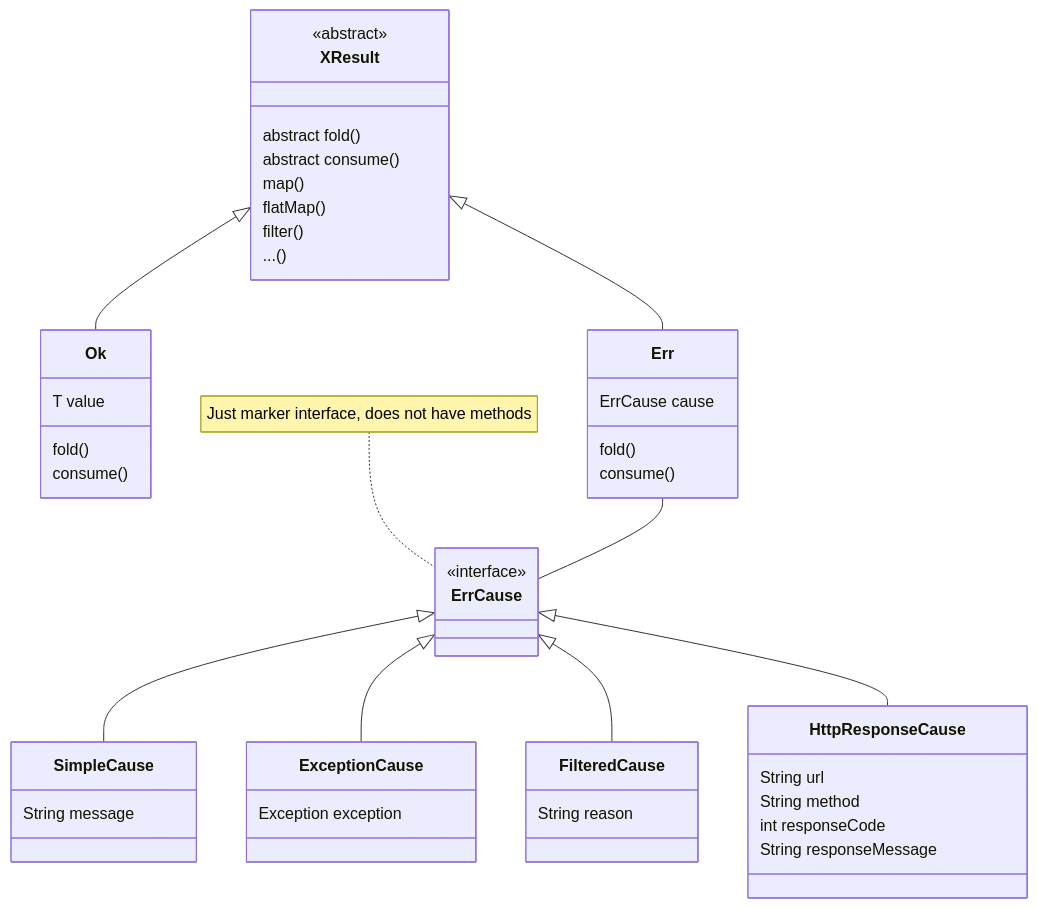
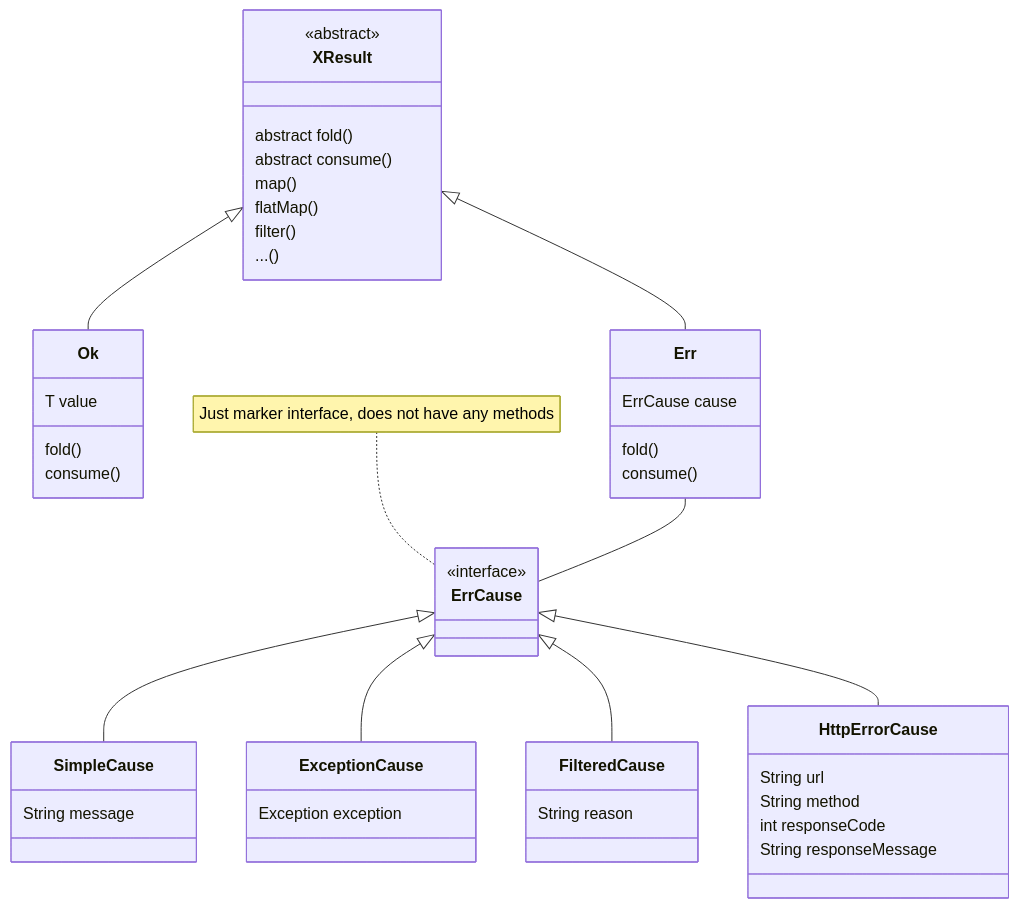
One commit to skopylov58/java-extended-result-monad changed the diagram in README.md. Above: the diagram before and after it, drawn with Mermaid. The commit also changed other lines of this file, not shown here.

````diff
--- a/README.md
+++ b/README.md
@@ -77,59 +77,59 @@
 ```mermaid
 classDiagram
     XResult <|-- Ok
     XResult <|-- Err
     Err -- ErrCause
     
     ErrCause <|-- SimpleCause
     ErrCause <|-- ExceptionCause
     ErrCause <|-- FilteredCause
-    ErrCause <|-- HttpResponseCause
+    ErrCause <|-- HttpErrorCause
 
-    note for ErrCause "Just marker interface, does not have methods"
+    note for ErrCause "Just marker interface, does not have any methods"
 
     class XResult~T~ {
         <<abstract>>
         abstract fold()
         abstract consume()
         map()
         flatMap()
         filter()
         ...()
 
     }
     
     class Ok ~T~ {
       T value
       fold()
       consume()
     }
     
     class Err{
       ErrCause cause
       fold()
       consume()
     }
 
     class ErrCause{
         <<interface>>
     }
 
     class SimpleCause{
         String message
     }
 
     class ExceptionCause {
         Exception exception
     }
 
     class FilteredCause {
         String reason
     }
 
-    class HttpResponseCause {
+    class HttpErrorCause {
         String url
         String method
         int responseCode
         String responseMessage
     }
 ```
````
